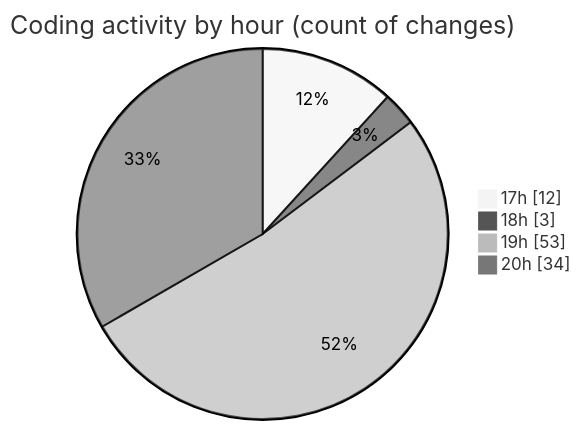
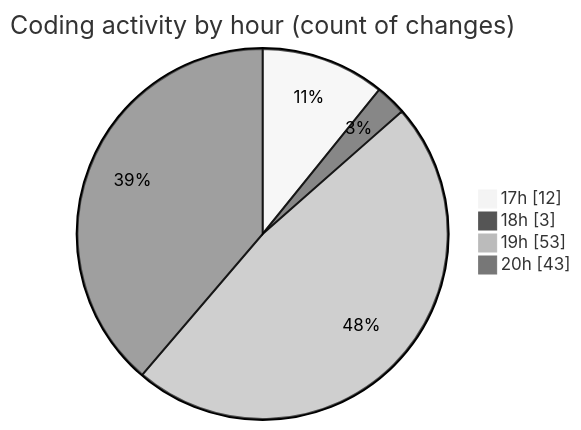
The second of 2 diagrams in 2025-06-19/scopecraft/README.md (Ritupan-Deka/code-tracking), drawn with Mermaid (neutral theme) before and after one commit. The commit also changed other lines of this file and 1 other file, not shown here.

````diff
--- a/2025-06-19/scopecraft/README.md
+++ b/2025-06-19/scopecraft/README.md
@@ -46,8 +46,8 @@
 ```mermaid
 pie showData
 title Coding activity by hour (count of changes)
 "17h" : 12
 "18h" : 3
 "19h" : 53
-"20h" : 34
+"20h" : 43
 ```
````
